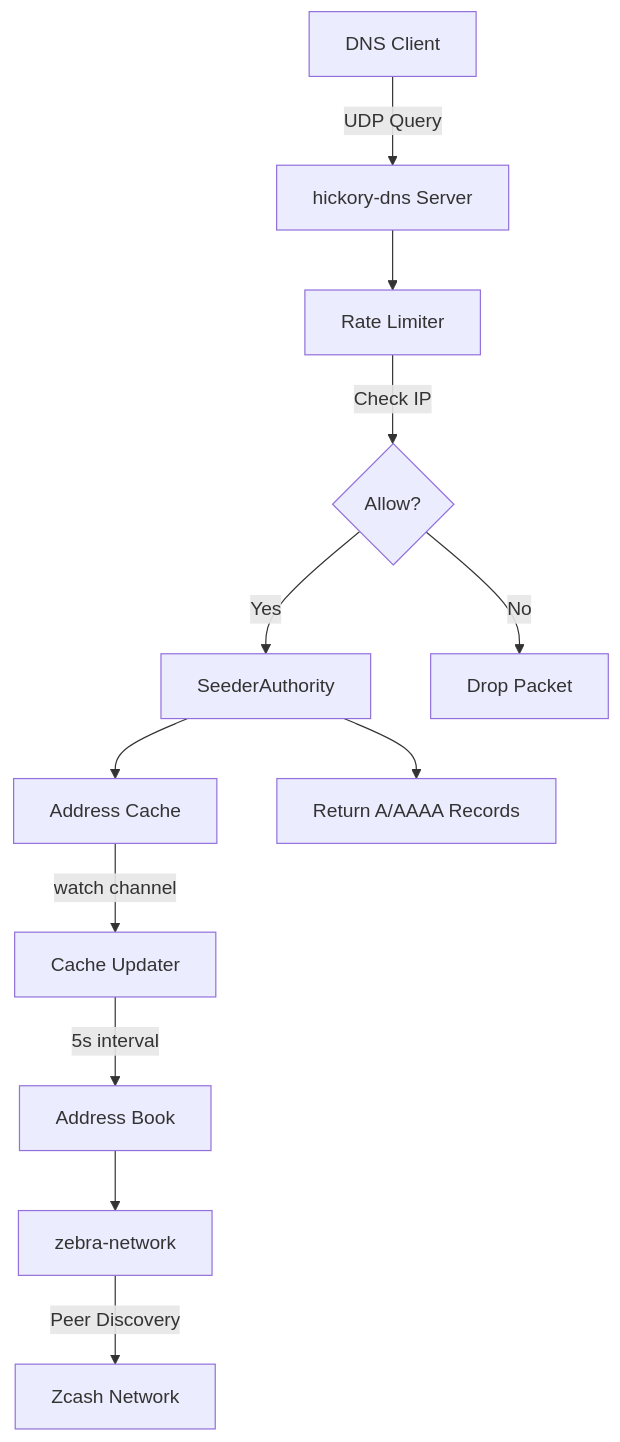
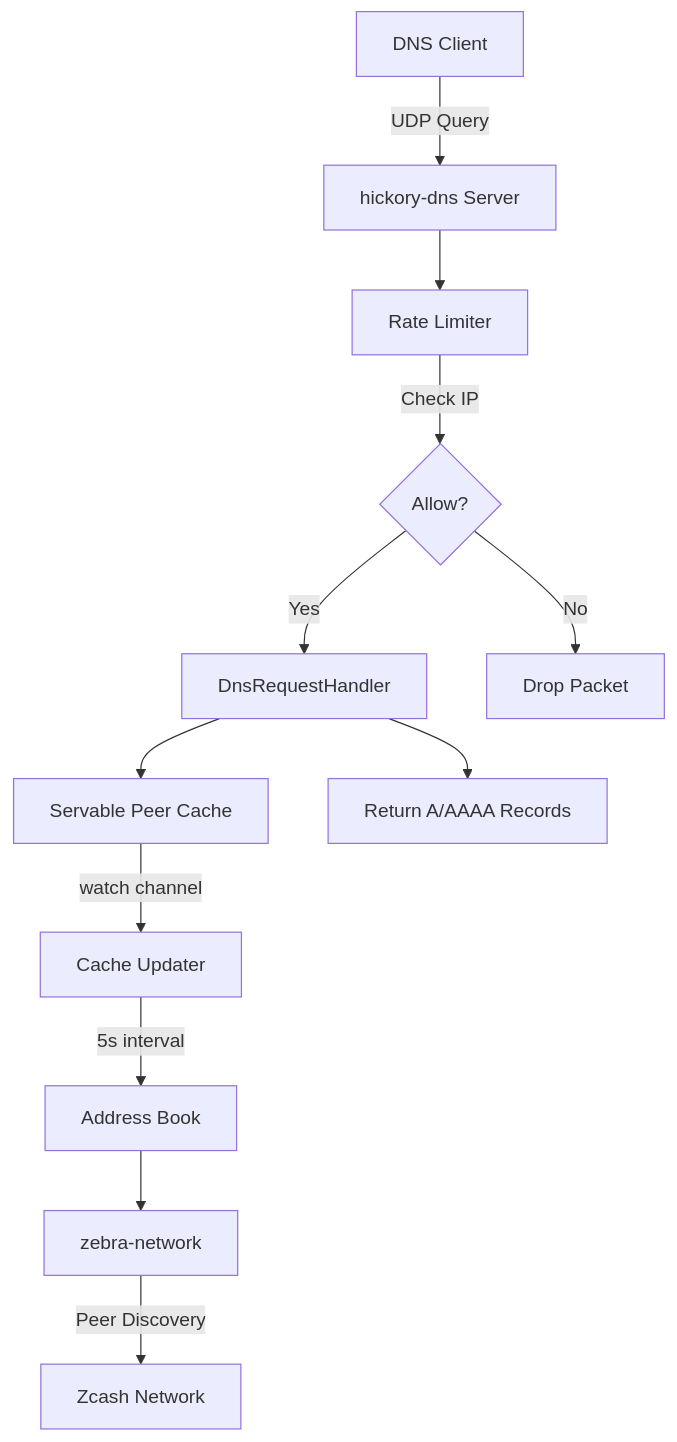
One commit to ZcashFoundation/zeeder changed the first of 4 diagrams in docs/architecture.md. Above: the diagram before and after it, drawn with Mermaid. The commit also changed other lines of this file and 21 other files, not shown here.

````diff
--- a/docs/architecture.md
+++ b/docs/architecture.md
@@ -7,14 +7,14 @@
 ```mermaid
 graph TD
     A[DNS Client] -->|UDP Query| B[hickory-dns Server]
     B --> C[Rate Limiter]
     C -->|Check IP| D{Allow?}
-    D -->|Yes| E[SeederAuthority]
+    D -->|Yes| E[DnsRequestHandler]
     D -->|No| F[Drop Packet]
-    E --> G[Address Cache]
+    E --> G[Servable Peer Cache]
     G -->|watch channel| H[Cache Updater]
     H -->|5s interval| I[Address Book]
     I --> J[zebra-network]
     J -->|Peer Discovery| K[Zcash Network]
     E --> L[Return A/AAAA Records]
 ```
````
